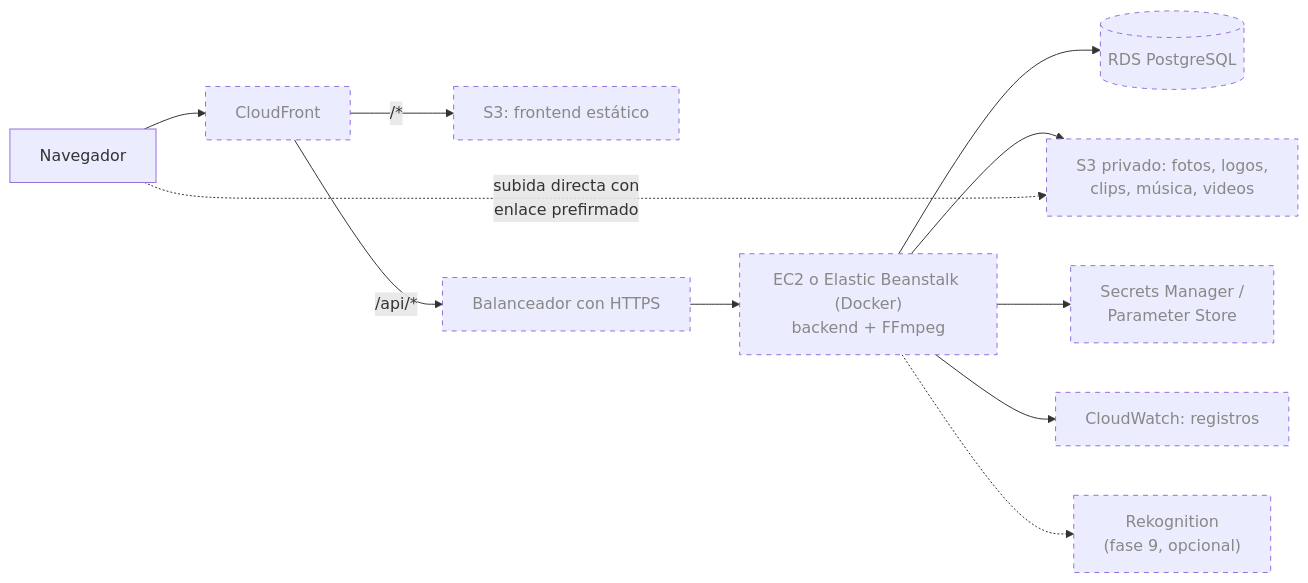
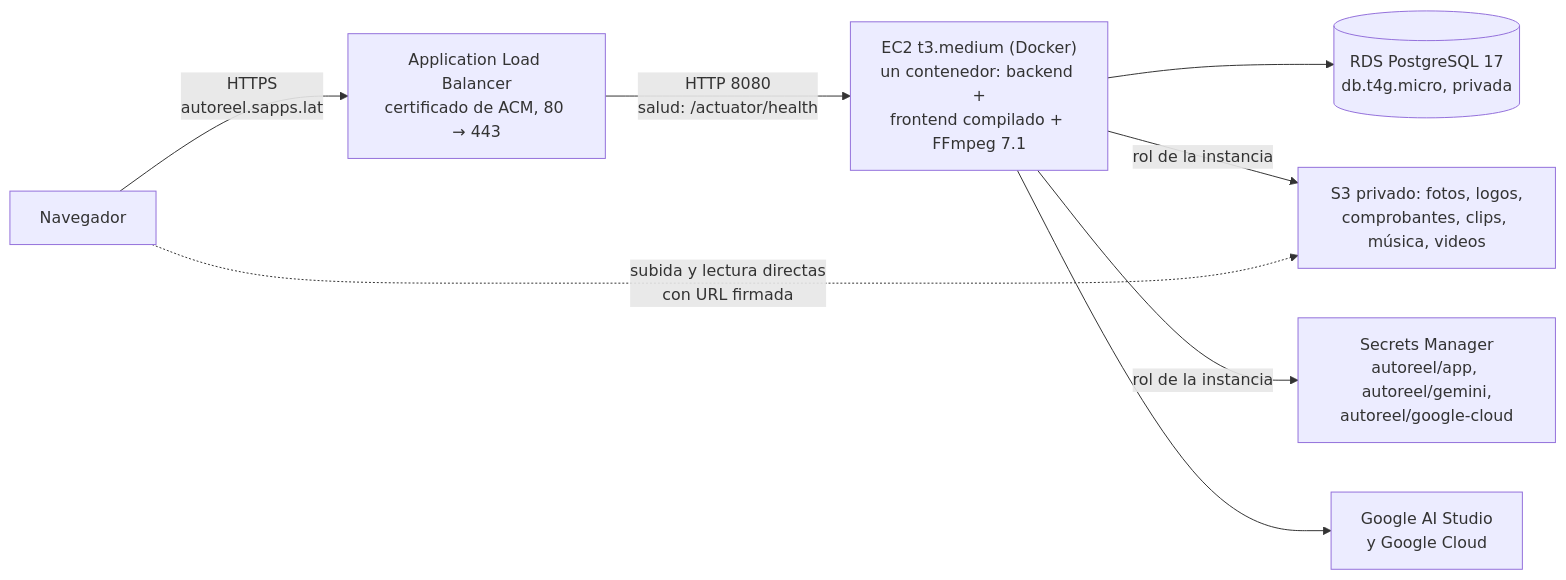
Before and after one commit to fabio2152/autoreel: diagram 27 of 27 in docs/arquitectura.md, drawn with Mermaid. The commit also changed other lines of this file and 28 other files, not shown here.

First line of the commit message:
feat: despliegue en aws con ec2, rds, s3 y secrets manager

````diff
--- a/docs/arquitectura.md
+++ b/docs/arquitectura.md
@@ -2196,15 +2212,10 @@
 ```mermaid
 flowchart LR
-    classDef futuro stroke-dasharray: 5 5,color:#888
-
-    nav["Navegador"] --> cf["CloudFront"]:::futuro
-    cf -- "/*" --> s3web["S3: frontend estático"]:::futuro
-    cf -- "/api/*" --> alb["Balanceador con HTTPS"]:::futuro
-    alb --> app["EC2 o Elastic Beanstalk (Docker)<br/>backend + FFmpeg"]:::futuro
-    app --> rds[("RDS PostgreSQL")]:::futuro
-    app --> s3["S3 privado: fotos, logos,<br/>clips, música, videos"]:::futuro
-    app --> sm["Secrets Manager /<br/>Parameter Store"]:::futuro
-    app --> cw["CloudWatch: registros"]:::futuro
-    app -.-> rek["Rekognition<br/>(fase 9, opcional)"]:::futuro
-    nav -. "subida directa con<br/>enlace prefirmado" .-> s3
+    nav["Navegador"] -- "HTTPS<br/>autoreel.sapps.lat" --> alb["Application Load Balancer<br/>certificado de ACM, 80 → 443"]
+    alb -- "HTTP 8080<br/>salud: /actuator/health" --> app["EC2 t3.medium (Docker)<br/>un contenedor: backend +<br/>frontend compilado + FFmpeg 7.1"]
+    app --> rds[("RDS PostgreSQL 17<br/>db.t4g.micro, privada")]
+    app -- "rol de la instancia" --> s3["S3 privado: fotos, logos,<br/>comprobantes, clips, música, videos"]
+    app -- "rol de la instancia" --> sm["Secrets Manager<br/>autoreel/app, autoreel/gemini,<br/>autoreel/google-cloud"]
+    app --> google["Google AI Studio<br/>y Google Cloud"]
+    nav -. "subida y lectura directas<br/>con URL firmada" .-> s3
 ```
````
